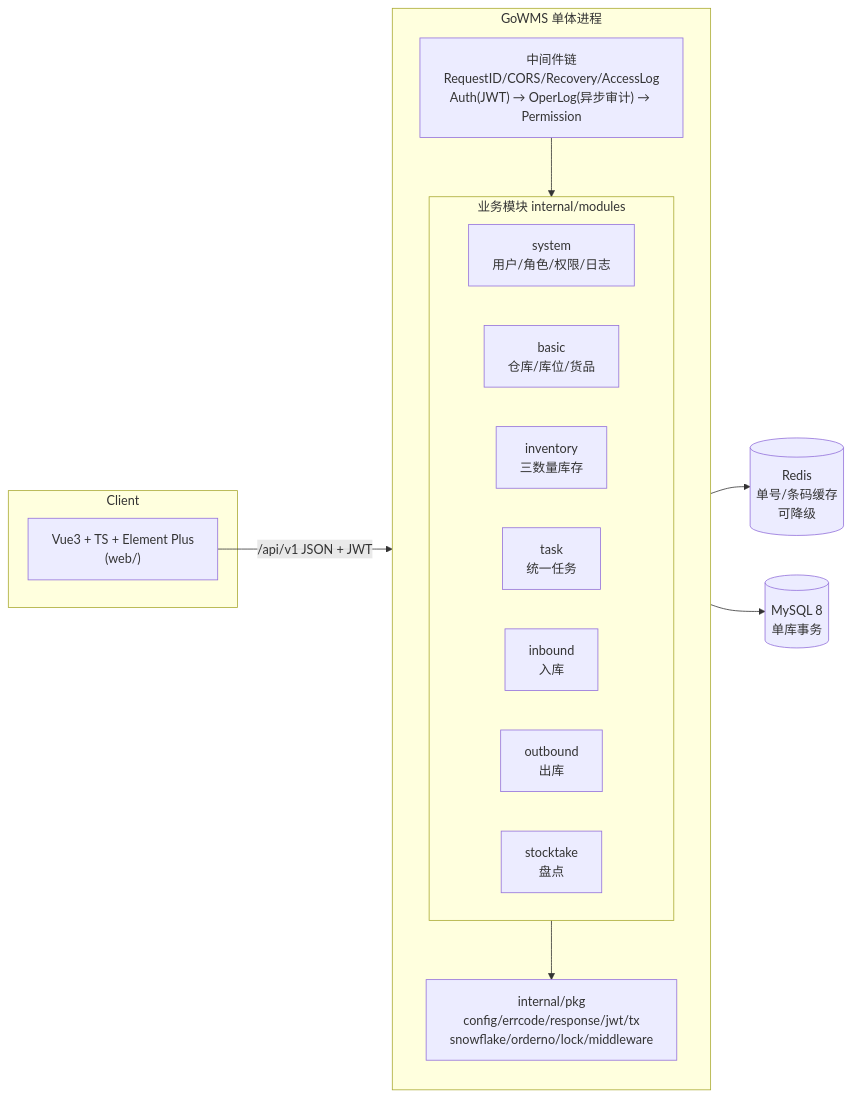
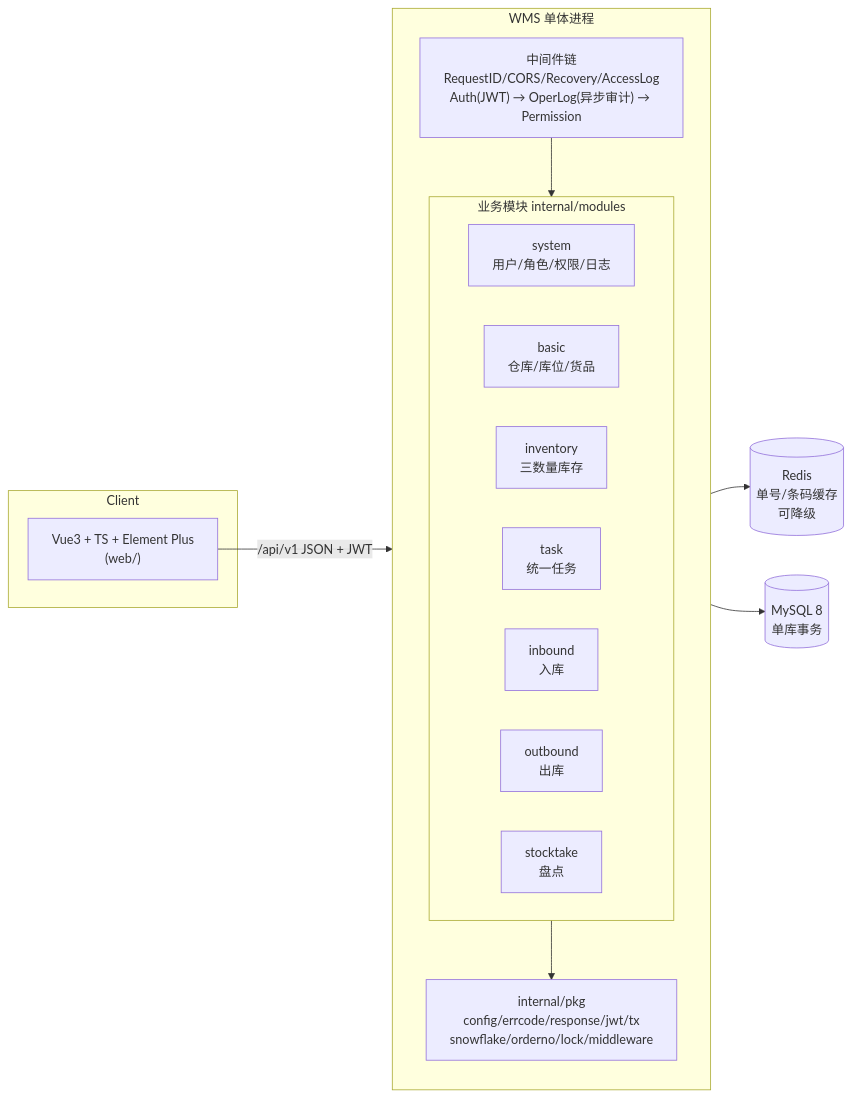
The first of 5 diagrams in docs/architecture.md (mengw-dev/go-wms), drawn with Mermaid before and after one commit. The commit also changed other lines of this file and 24 other files, not shown here.

````diff
--- a/docs/architecture.md
+++ b/docs/architecture.md
@@ -9,27 +9,27 @@
 ```mermaid
 flowchart LR
     subgraph Client
         FE["Vue3 + TS + Element Plus\n(web/)"]
     end
-    subgraph Server["GoWMS 单体进程"]
+    subgraph Server["WMS 单体进程"]
         direction TB
         MW["中间件链\nRequestID/CORS/Recovery/AccessLog\nAuth(JWT) → OperLog(异步审计) → Permission"]
         subgraph Modules["业务模块 internal/modules"]
             SYS[system\n用户/角色/权限/日志]
             BASIC[basic\n仓库/库位/货品]
             INV[inventory\n三数量库存]
             TASK[task\n统一任务]
             IN[inbound\n入库]
             OUT[outbound\n出库]
             ST[stocktake\n盘点]
         end
         PKG["internal/pkg\nconfig/errcode/response/jwt/tx\nsnowflake/orderno/lock/middleware"]
     end
     DB[("MySQL 8\n单库事务")]
     RD[("Redis\n单号/条码缓存\n可降级")]
 
     FE -->|"/api/v1 JSON + JWT"| MW --> Modules
     Modules --> PKG
     Modules --> DB
     PKG --> RD
 ```
````
